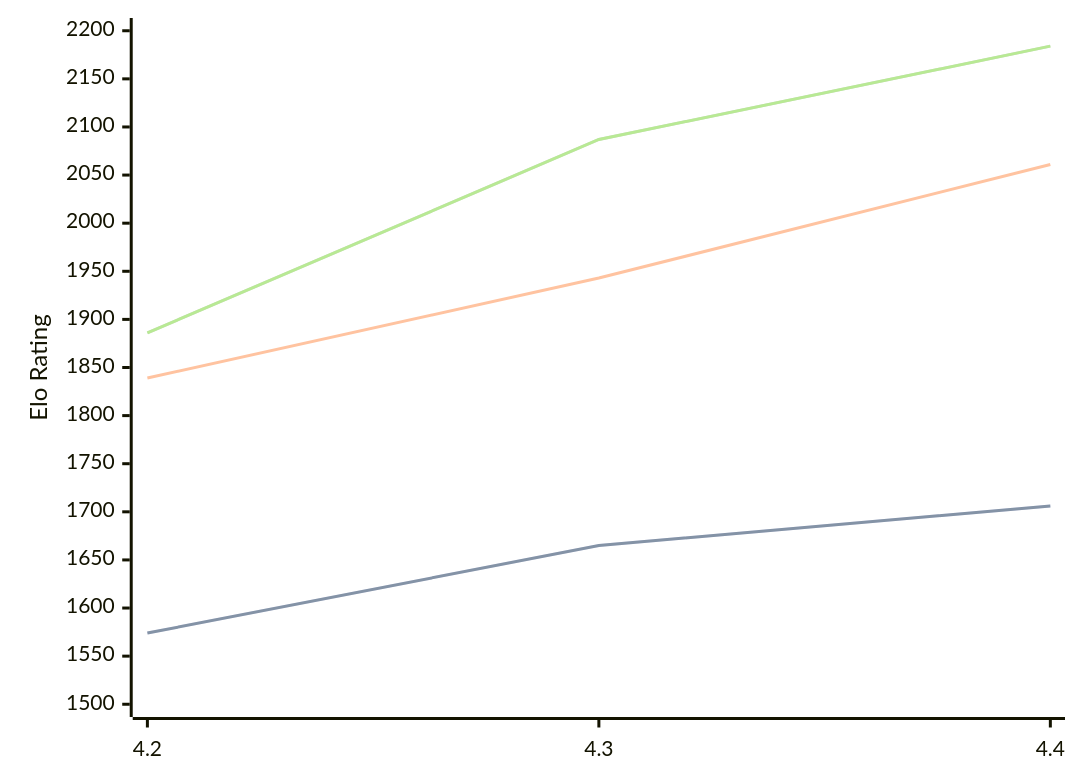
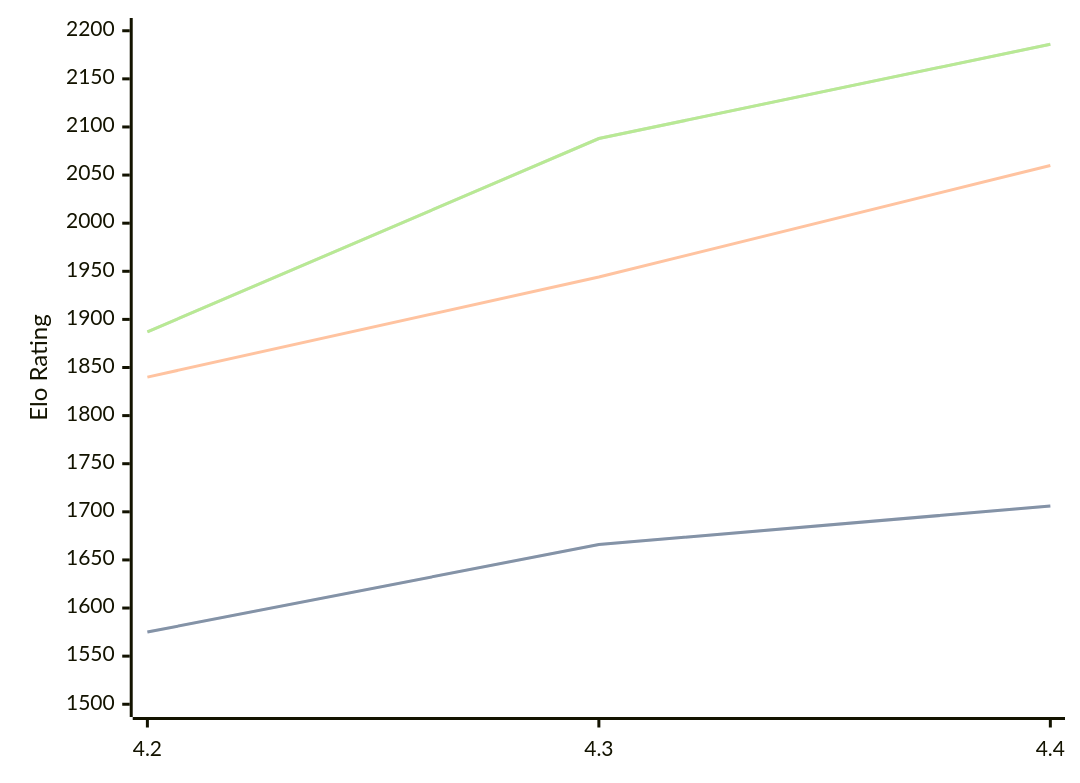
One commit to computer-chess-index/cci changed the diagram in engines/Radiance.md. Above: the diagram before and after it, drawn with Mermaid. The commit also changed other lines of this file, not shown here.

Commit message:
Update CCI Ratings (ELO VLTC) - 2026-08-09

````diff
--- a/engines/Radiance.md
+++ b/engines/Radiance.md
@@ -33,11 +33,11 @@
 ```mermaid
 %%{init: {"theme":"base","themeVariables":{"seriesColors:['#a3a3a3','#222221','#faa371']}}}%%
 xychart-beta
   x-axis ["4.2", "4.3", "4.4"]
   y-axis "Elo Rating" 1500 --> 2200
-  line "STC (8.0+0.08s)" [1574, 1665, 1706]
-  line "STC (8.0+0.08s)" [1574, 1665, 1706]
-  line "LTC (60.0+0.60s)" [1839, 1943, 2061]
-  line "VLTC (2m24s+1.12s)" [1886, 2087, 2184]
-  line "VLTC (2m24s+1.12s)" [1886, 2087, 2184]
+  line "STC (8.0+0.08s)" [1575, 1666, 1706]
+  line "STC (8.0+0.08s)" [1575, 1666, 1706]
+  line "LTC (60.0+0.60s)" [1840, 1944, 2060]
+  line "VLTC (2m24s+1.12s)" [1887, 2088, 2186]
+  line "VLTC (2m24s+1.12s)" [1887, 2088, 2186]
 ```
````
